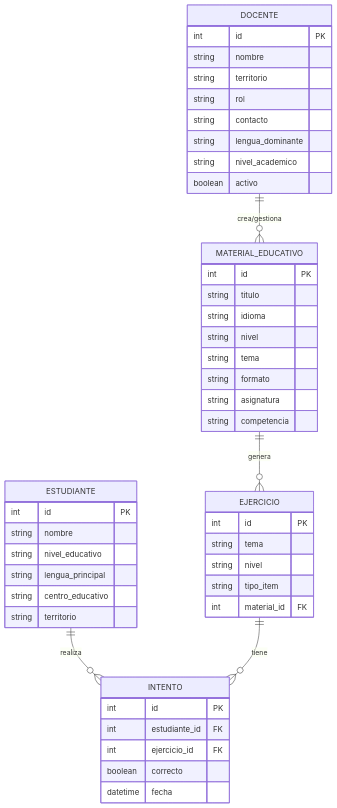
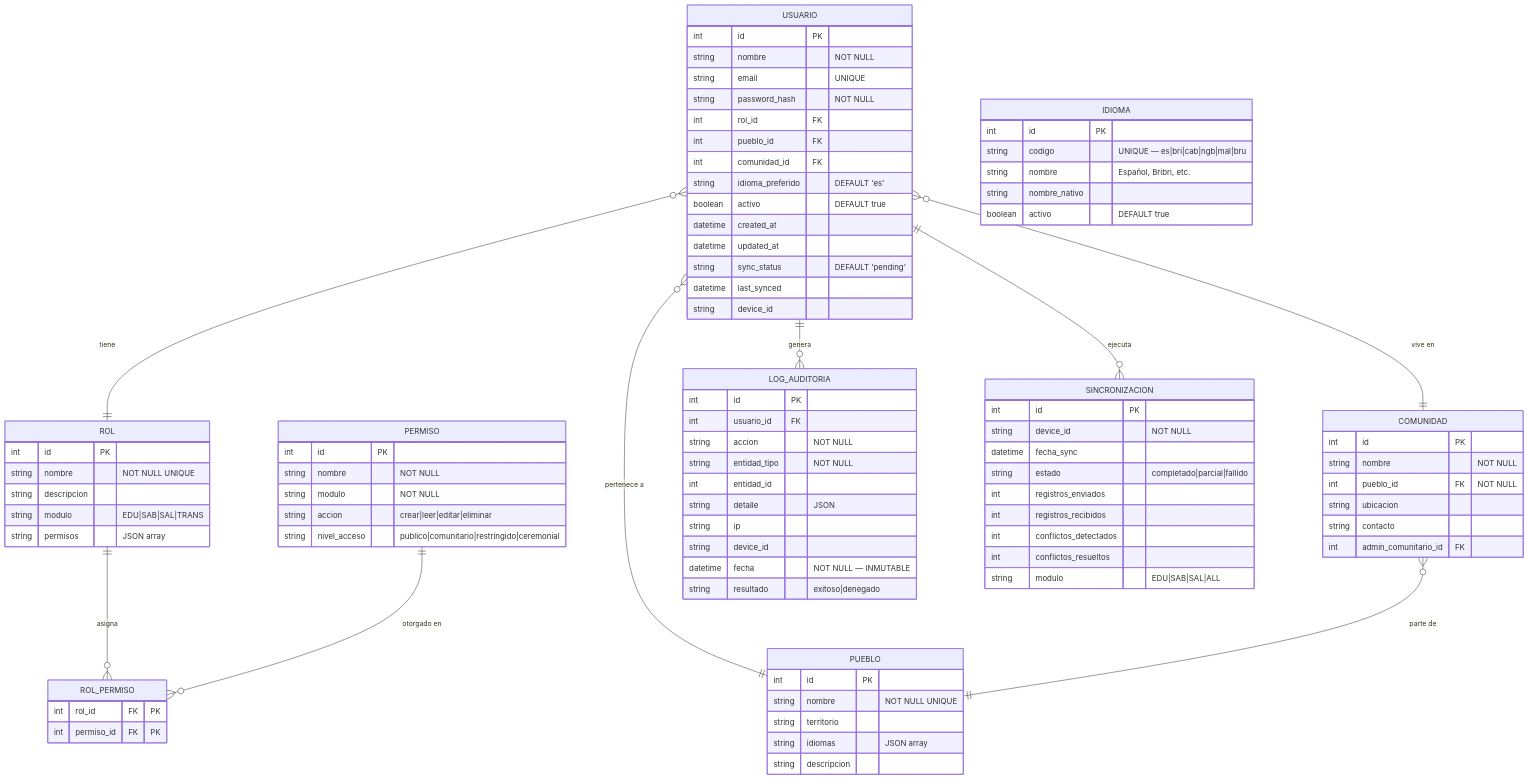
The first of 5 diagrams in 04-Arquitectura/Modelo de Datos.md (yonrasgg/RAICES_VIVAS), drawn with Mermaid before and after one commit. The commit also changed other lines of this file and 1 other file, not shown here.

````diff
--- a/04-Arquitectura/Modelo de Datos.md
+++ b/04-Arquitectura/Modelo de Datos.md
@@ -21,54 +26,99 @@
 ```mermaid
 erDiagram
-    DOCENTE {
+    USUARIO {
         int id PK
-        string nombre
+        string nombre "NOT NULL"
+        string email "UNIQUE"
+        string password_hash "NOT NULL"
+        int rol_id FK
+        int pueblo_id FK
+        int comunidad_id FK
+        string idioma_preferido "DEFAULT 'es'"
+        boolean activo "DEFAULT true"
+        datetime created_at
+        datetime updated_at
+        string sync_status "DEFAULT 'pending'"
+        datetime last_synced
+        string device_id
+    }
+
+    PUEBLO {
+        int id PK
+        string nombre "NOT NULL UNIQUE"
         string territorio
-        string rol
+        string idiomas "JSON array"
+        string descripcion
+    }
+
+    COMUNIDAD {
+        int id PK
+        string nombre "NOT NULL"
+        int pueblo_id FK "NOT NULL"
+        string ubicacion
         string contacto
-        string lengua_dominante
-        string nivel_academico
-        boolean activo
+        int admin_comunitario_id FK
     }
-    
-    ESTUDIANTE {
+
+    ROL {
         int id PK
-        string nombre
-        string nivel_educativo
-        string lengua_principal
-        string centro_educativo
-        string territorio
+        string nombre "NOT NULL UNIQUE"
+        string descripcion
+        string modulo "EDU|SAB|SAL|TRANS"
+        string permisos "JSON array"
     }
-    
-    MATERIAL_EDUCATIVO {
+
+    PERMISO {
         int id PK
-        string titulo
-        string idioma
-        string nivel
-        string tema
-        string formato
-        string asignatura
-        string competencia
+        string nombre "NOT NULL"
+        string modulo "NOT NULL"
+        string accion "crear|leer|editar|eliminar"
+        string nivel_acceso "publico|comunitario|restringido|ceremonial"
     }
-    
-    EJERCICIO {
+
+    ROL_PERMISO {
+        int rol_id FK "PK"
+        int permiso_id FK "PK"
+    }
+
+    IDIOMA {
         int id PK
-        string tema
-        string nivel
-        string tipo_item
-        int material_id FK
+        string codigo "UNIQUE — es|bri|cab|ngb|mal|bru"
+        string nombre "Español, Bribri, etc."
+        string nombre_nativo
+        boolean activo "DEFAULT true"
     }
-    
-    INTENTO {
+
+    LOG_AUDITORIA {
         int id PK
-        int estudiante_id FK
-        int ejercicio_id FK
-        boolean correcto
-        datetime fecha
+        int usuario_id FK
+        string accion "NOT NULL"
+        string entidad_tipo "NOT NULL"
+        int entidad_id
+        string detalle "JSON"
+        string ip
+        string device_id
+        datetime fecha "NOT NULL — INMUTABLE"
+        string resultado "exitoso|denegado"
     }
-    
-    DOCENTE ||--o{ MATERIAL_EDUCATIVO : "crea/gestiona"
-    ESTUDIANTE ||--o{ INTENTO : "realiza"
-    EJERCICIO ||--o{ INTENTO : "tiene"
-    MATERIAL_EDUCATIVO ||--o{ EJERCICIO : "genera"
+
+    SINCRONIZACION {
+        int id PK
+        string device_id "NOT NULL"
+        datetime fecha_sync
+        string estado "completado|parcial|fallido"
+        int registros_enviados
+        int registros_recibidos
+        int conflictos_detectados
+        int conflictos_resueltos
+        string modulo "EDU|SAB|SAL|ALL"
+    }
+
+    USUARIO }o--|| ROL : "tiene"
+    USUARIO }o--|| PUEBLO : "pertenece a"
+    USUARIO }o--|| COMUNIDAD : "vive en"
+    COMUNIDAD }o--|| PUEBLO : "parte de"
+    ROL ||--o{ ROL_PERMISO : "asigna"
+    PERMISO ||--o{ ROL_PERMISO : "otorgado en"
+    USUARIO ||--o{ LOG_AUDITORIA : "genera"
+    USUARIO ||--o{ SINCRONIZACION : "ejecuta"
 ```
````
